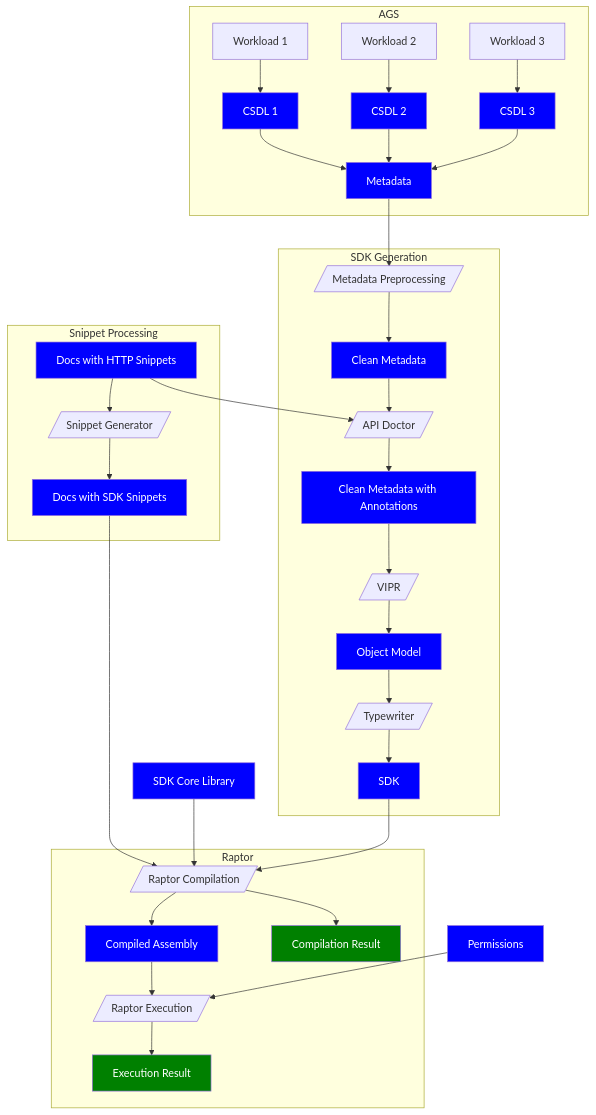
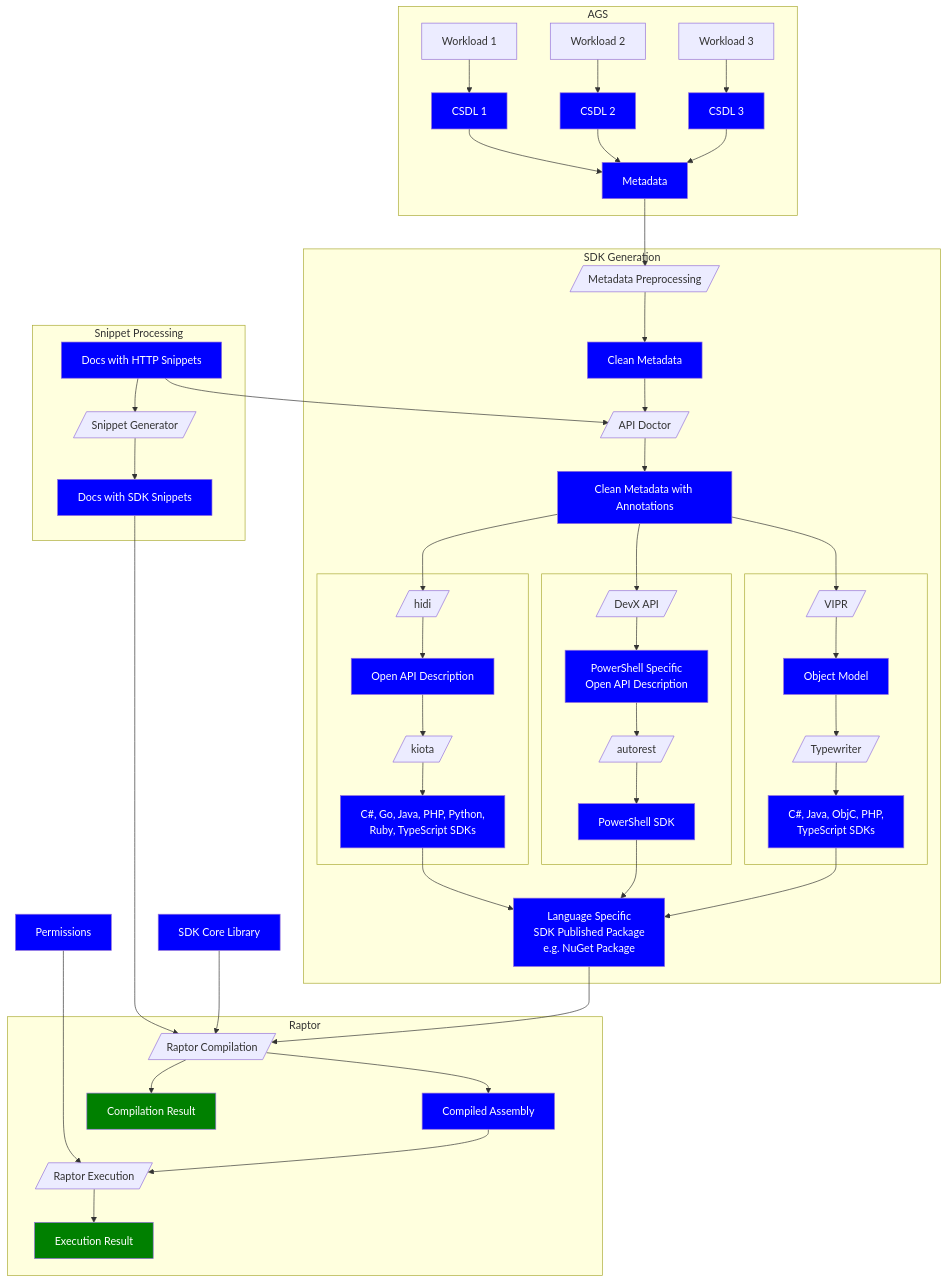
One commit to ehtick/msgraph-sdk-raptor changed the diagram in README.md. Above: the diagram before and after it, drawn with Mermaid. The commit also changed other lines of this file, not shown here.

Commit message:
adds autorest and kiota into the graph

````diff
--- a/README.md
+++ b/README.md
@@ -224,11 +224,21 @@
    clean_metadata_with_annotations[Clean Metadata with Annotations]
    VIPR[/VIPR/]
    object_model[Object Model]
-   Typewriter[/Typewriter/]
-   SDK[SDK]
+   typewriter[/Typewriter/]
+   SDK[Language Specific<br>SDK Published Package<br>e.g. NuGet Package]
    docs[Docs with HTTP Snippets]
    snippet_generator[/Snippet Generator/]
    docs_with_sdk_snippets[Docs with SDK Snippets]
+   open_api_description[Open API Description]
+   kiota[/kiota/]
+   hidi[/hidi/]
+   devx_api[/DevX API/]
+   powershell_open_api_description[PowerShell Specific<br>Open API Description]
+   autorest[/autorest/]
+
+   kiota_sdks[C#, Go, Java, PHP, Python,<br> Ruby, TypeScript SDKs]
+   typewriter_sdks[C#, Java, ObjC, PHP,<br> TypeScript SDKs]
+   autorest_sdks[PowerShell SDK]
 
    raptor_compilation[/Raptor Compilation/]
    raptor_execution[/Raptor Execution/]
@@ -242,19 +252,22 @@
    class execution_result,compilation_result result;
 
    classDef artifact fill:blue,color:white;
-   class CSDL1,CSDL2,CSDL3,metadata,clean_metadata,clean_metadata_with_annotations,object_model,SDK,docs,docs_with_sdk_snippets,sdk_core_library,permissions,compiled_assembly artifact;
+   class CSDL1,CSDL2,CSDL3,metadata,clean_metadata,clean_metadata_with_annotations,object_model,open_api_description,powershell_open_api_description,kiota_sdks,autorest_sdks,typewriter_sdks,SDK,docs,docs_with_sdk_snippets,sdk_core_library,permissions,compiled_assembly artifact;
 
-   click metadata href "https://graph.microsoft.com/v1.0/$metadata";
-   click preprocessing href "https://github.com/microsoftgraph/msgraph-metadata/blob/master/transforms/csdl/preprocess_csdl.xsl";
-   click api_doctor href "https://github.com/OneDrive/apidoctor";
+   click metadata href "https://graph.microsoft.com/v1.0/$metadata"
+   click preprocessing href "https://github.com/microsoftgraph/msgraph-metadata/blob/master/transforms/csdl/preprocess_csdl.xsl"
+   click api_doctor href "https://github.com/OneDrive/apidoctor"
    click clean_metadata href "https://github.com/microsoftgraph/msgraph-metadata/tree/master/clean_v10_metadata"
    click clean_metadata_with_annotations href "https://github.com/microsoftgraph/msgraph-metadata/tree/master/clean_v10_metadata"
    click VIPR href "https://github.com/microsoft/Vipr"
-   click Typewriter href "https://github.com/microsoftgraph/MSGraph-SDK-Code-Generator"
+   click typewriter href "https://github.com/microsoftgraph/MSGraph-SDK-Code-Generator"
    click SDK href "https://github.com/microsoftgraph/msgraph-sdk-dotnet"
    click sdk_core_library href "https://github.com/microsoftgraph/msgraph-sdk-dotnet-core"
    click permissions href "https://github.com/microsoftgraph/microsoft-graph-devx-content/tree/dev/permissions"
-   click snippet_generator href "https://github.com/microsoftgraph/microsoft-graph-devx-api/tree/dev/CodeSnippetsReflection.App";
+   click snippet_generator href "https://github.com/microsoftgraph/microsoft-graph-devx-api/tree/dev/CodeSnippetsReflection.App"
+   click autorest href "https://azure.github.io/autorest/"
+   click kiota href "https://microsoft.github.io/kiota/"
+   click hidi href "https://github.com/microsoft/OpenAPI.NET/tree/vnext/src/Microsoft.OpenApi.Hidi"
 
    subgraph AGS
       workload1 --> CSDL1 --> metadata
@@ -263,7 +276,20 @@
    end
 
    subgraph sdkgeneration[SDK Generation]
-      metadata --> preprocessing --> clean_metadata --> api_doctor --> clean_metadata_with_annotations --> VIPR --> object_model --> Typewriter --> SDK
+      metadata --> preprocessing --> clean_metadata --> api_doctor --> clean_metadata_with_annotations
+      clean_metadata_with_annotations --> VIPR & hidi & devx_api
+
+      subgraph kiotasubgraph[ ]
+        hidi --> open_api_description --> kiota --> kiota_sdks
+      end
+      subgraph autorestsubgraph[ ]
+        devx_api --> powershell_open_api_description --> autorest --> autorest_sdks
+      end
+      subgraph typewritersubgraph[ ]
+        VIPR --> object_model --> typewriter --> typewriter_sdks
+      end
+
+      kiota_sdks & autorest_sdks & typewriter_sdks --> SDK
    end
 
    subgraph snippetprocessing[Snippet Processing]
@@ -277,6 +303,7 @@
    sdk_core_library --> raptor_compilation
    SDK --> raptor_compilation
 
+   permissions ----> raptor_execution
    subgraph raptor[Raptor]
       raptor_compilation --> compiled_assembly
       raptor_compilation --> compilation_result
@@ -284,8 +311,4 @@
       compiled_assembly --> raptor_execution
       raptor_execution --> execution_result
    end
-
-   permissions --> raptor_execution
-
-   classDef default padding:100;
 ```
````
